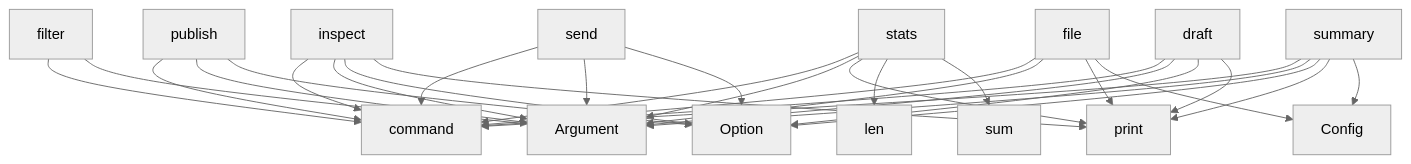
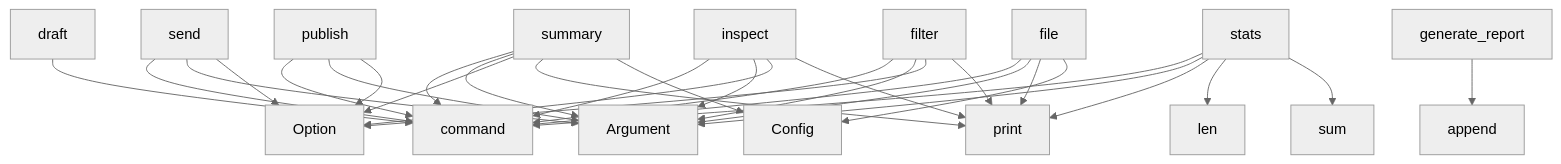
Before and after one commit to semcod/tagi: the diagram in project/context.md, drawn with Mermaid (neutral theme). The commit also changed other lines of this file and 42 other files, not shown here.

````diff
--- a/project/context.md
+++ b/project/context.md
@@ -416,33 +486,33 @@
 ```mermaid
 graph TD
+    summary --> command
+    summary --> Argument
+    summary --> Option
+    summary --> print
+    summary --> Config
+    send --> command
+    send --> Argument
+    send --> Option
+    publish --> command
+    publish --> Argument
+    publish --> Option
     stats --> command
     stats --> Argument
     stats --> print
     stats --> len
     stats --> sum
     inspect --> command
     inspect --> Argument
     inspect --> Option
     inspect --> print
-    publish --> command
-    publish --> Argument
-    publish --> Option
-    send --> command
-    send --> Argument
-    send --> Option
-    summary --> command
-    summary --> Argument
-    summary --> Option
-    summary --> print
-    summary --> Config
+    filter --> command
+    filter --> Argument
+    filter --> Option
+    filter --> print
     file --> command
     file --> Argument
     file --> print
     file --> Config
+    generate_report --> append
     draft --> command
-    draft --> Argument
-    draft --> Option
-    draft --> print
-    filter --> command
-    filter --> Argument
 ```
````
